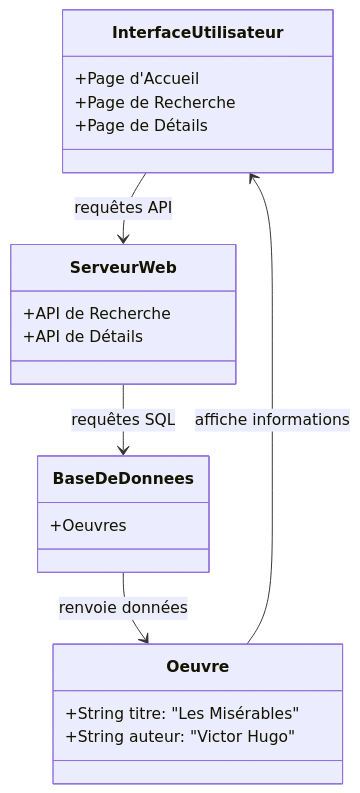
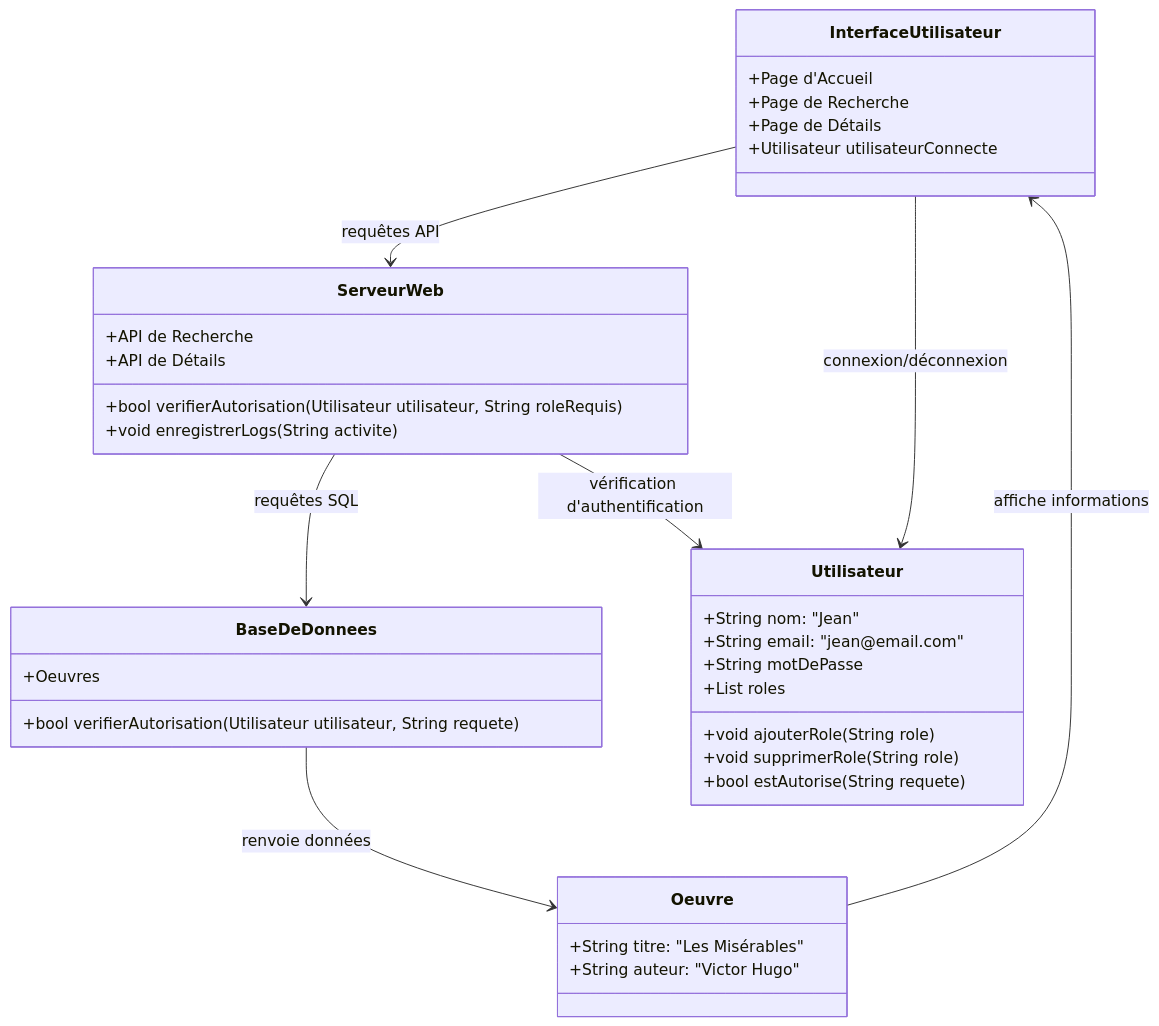
One commit to melenedufrenois/QuoicOurs changed the diagram in scenarios/1/diag_objet.md. Above: the diagram before and after it, drawn with Mermaid.

````diff
--- a/scenarios/1/diag_objet.md
+++ b/scenarios/1/diag_objet.md
@@ -1,24 +1,39 @@
 ```mermaid
 classDiagram
     class InterfaceUtilisateur {
       +Page d'Accueil
       +Page de Recherche
       +Page de Détails
+      +Utilisateur utilisateurConnecte
     }
     class ServeurWeb {
       +API de Recherche
       +API de Détails
+      +bool verifierAutorisation(Utilisateur utilisateur, String roleRequis)
+      +void enregistrerLogs(String activite)
     }
     class BaseDeDonnees {
       +Oeuvres
+      +bool verifierAutorisation(Utilisateur utilisateur, String requete)
     }
     class Oeuvre {
       +String titre: "Les Misérables"
       +String auteur: "Victor Hugo"
+    }
+    class Utilisateur {
+      +String nom: "Jean"
+      +String email: "jean@email.com"
+      +String motDePasse
+      +List<String> roles
+      +void ajouterRole(String role)
+      +void supprimerRole(String role)
+      +bool estAutorise(String requete)
     }
 
     InterfaceUtilisateur --> ServeurWeb : requêtes API
     ServeurWeb --> BaseDeDonnees : requêtes SQL
     BaseDeDonnees --> Oeuvre : renvoie données
     Oeuvre --> InterfaceUtilisateur : affiche informations
+    InterfaceUtilisateur --> Utilisateur : connexion/déconnexion
+    ServeurWeb --> Utilisateur : vérification d'authentification
 ```
````
